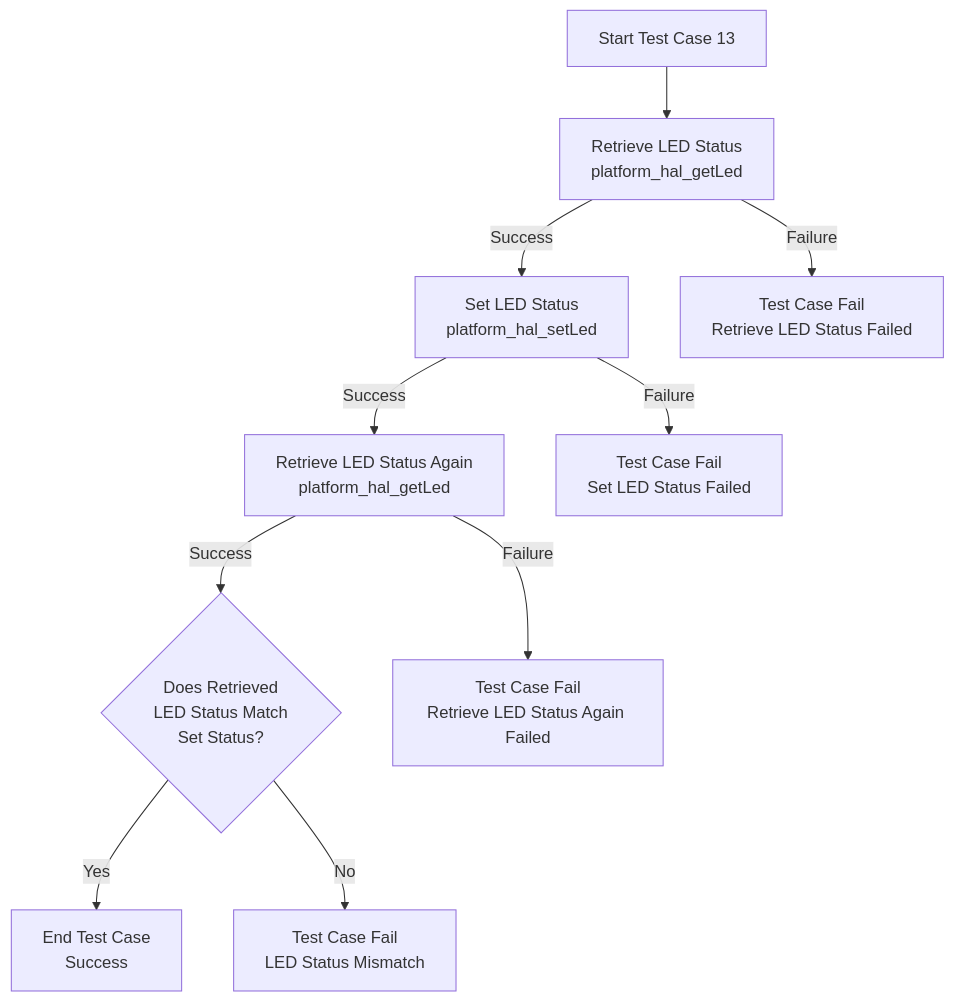
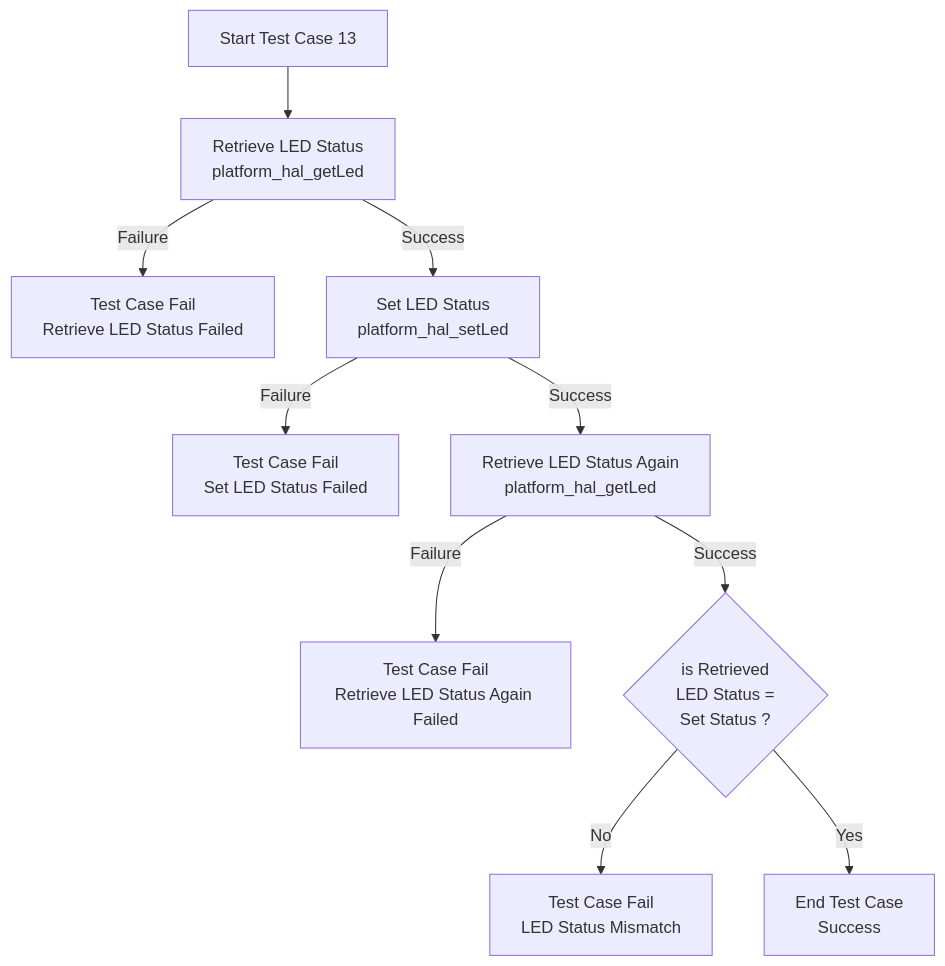
Before and after one commit to rdkcentral/rdkb-halif-test-platform: diagram 13 of 14 in docs/pages/platform_hal_mermaid.md, drawn with Mermaid. The commit also changed other lines of this file, not shown here.

Commit message:
Develop platform hal L2 test suite Modified the mermaid file for L2 testcases

````diff
--- a/docs/pages/platform_hal_mermaid.md
+++ b/docs/pages/platform_hal_mermaid.md
@@ -177,12 +177,12 @@
 ```mermaid
 flowchart TD
     A[Start Test Case 13] --> B[Retrieve LED Status<br>platform_hal_getLed]
+    B -->|Failure| X[Test Case Fail<br>Retrieve LED Status Failed]
     B -->|Success| C[Set LED Status<br>platform_hal_setLed]
-    B -->|Failure| X[Test Case Fail<br>Retrieve LED Status Failed]
+    C -->|Failure| Y[Test Case Fail<br>Set LED Status Failed]
     C -->|Success| D[Retrieve LED Status Again<br>platform_hal_getLed]
-    C -->|Failure| Y[Test Case Fail<br>Set LED Status Failed]
-    D -->|Success| E{Does Retrieved <br>LED Status Match <br>Set Status?}
     D -->|Failure| Z[Test Case Fail<br>Retrieve LED Status Again Failed]
+    D -->|Success| E{is Retrieved <br> LED Status = <br> Set Status ?}
+    E -->|No| G[Test Case Fail<br>LED Status Mismatch]
     E -->|Yes| F[End Test Case<br>Success]
-    E -->|No| G[Test Case Fail<br>LED Status Mismatch]
 ```
````
